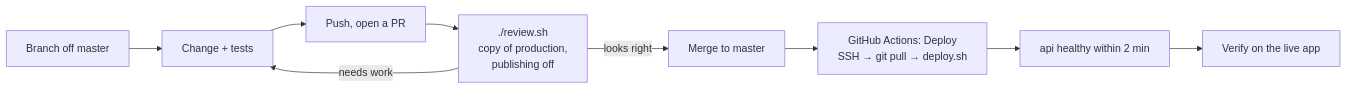
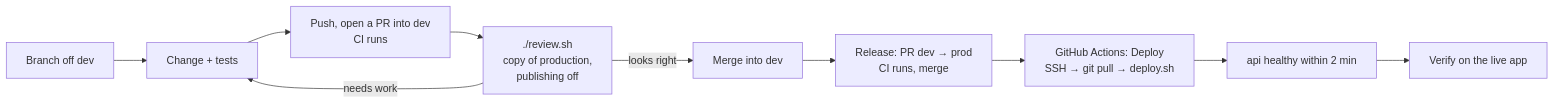
One commit to paramshah07/Marketing-and-Clipping-Platform changed the fourth of 5 diagrams in docs/workflows.md. Above: the diagram before and after it, drawn with Mermaid. The commit also changed other lines of this file and 19 other files, not shown here.

````diff
--- a/docs/workflows.md
+++ b/docs/workflows.md
@@ -123,11 +126,12 @@
 ```mermaid
 flowchart LR
-  br["Branch off master"] --> code["Change + tests"]
-  code --> pr["Push, open a PR"]
+  br["Branch off dev"] --> code["Change + tests"]
+  code --> pr["Push, open a PR into dev<br/>CI runs"]
   pr --> rev["./review.sh<br/>copy of production,<br/>publishing off"]
   rev -->|"needs work"| code
-  rev -->|"looks right"| merge["Merge to master"]
-  merge --> gha["GitHub Actions: Deploy<br/>SSH → git pull → deploy.sh"]
+  rev -->|"looks right"| merge["Merge into dev"]
+  merge --> rel["Release: PR dev → prod<br/>CI runs, merge"]
+  rel --> gha["GitHub Actions: Deploy<br/>SSH → git pull → deploy.sh"]
   gha --> ok["api healthy within 2 min"]
   ok --> verify["Verify on the live app"]
 ```
````
